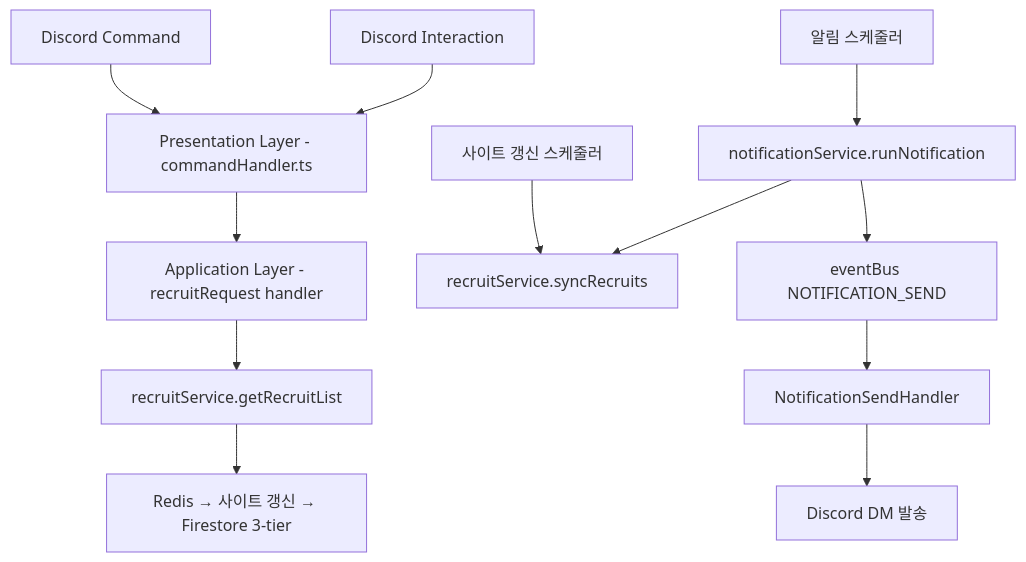
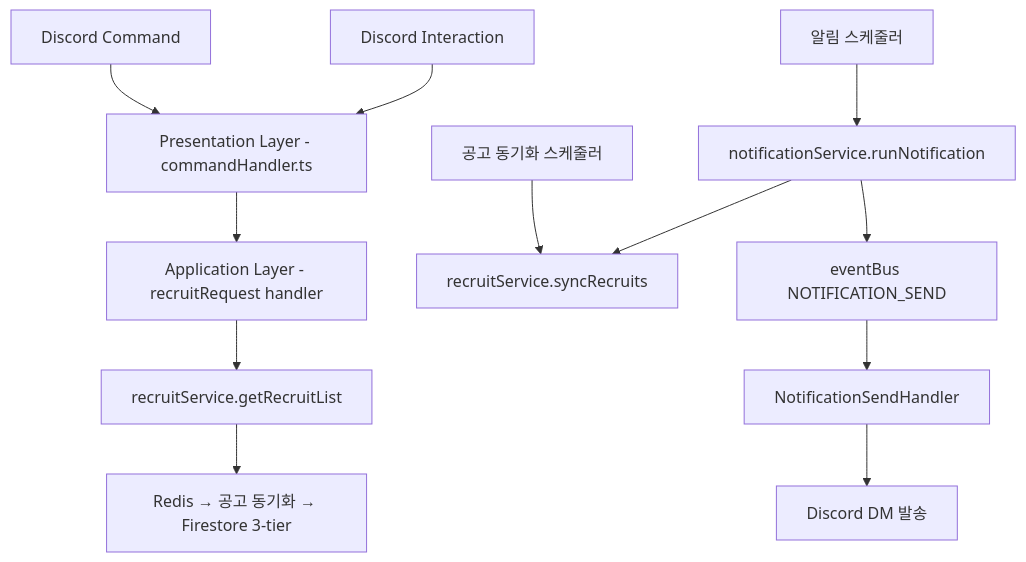
One commit to jscht/sria-notify-discord changed the second of 3 diagrams in .claude/docs/ARCHITECTURE.md. Above: the diagram before and after it, drawn with Mermaid. The commit also changed other lines of this file and 9 other files, not shown here.

````diff
--- a/.claude/docs/ARCHITECTURE.md
+++ b/.claude/docs/ARCHITECTURE.md
@@ -150,14 +147,14 @@
 ```mermaid
 graph TD
     T1[Discord Command] --> PL[Presentation Layer - commandHandler.ts]
     T2[Discord Interaction] --> PL
     PL --> AL[Application Layer - recruitRequest handler]
     AL --> RS[recruitService.getRecruitList]
-    RS --> Cache[Redis → 사이트 갱신 → Firestore 3-tier]
-    T3[사이트 갱신 스케줄러] --> Sync[recruitService.syncRecruits]
+    RS --> Cache[Redis → 공고 동기화 → Firestore 3-tier]
+    T3[공고 동기화 스케줄러] --> Sync[recruitService.syncRecruits]
     T4[알림 스케줄러] --> RN[notificationService.runNotification]
     RN --> Sync
     RN --> EB[eventBus NOTIFICATION_SEND]
     EB --> NH[NotificationSendHandler]
     NH --> DM[Discord DM 발송]
 ```
````
